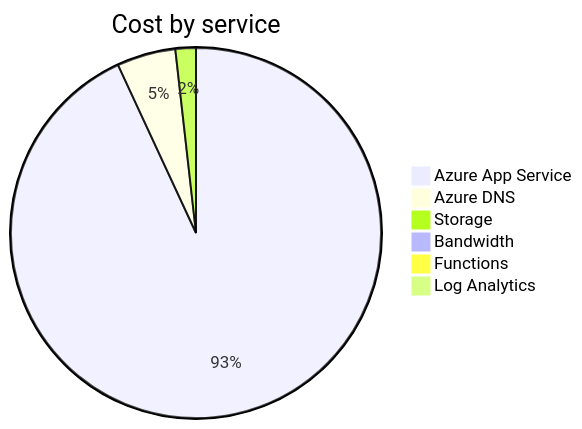
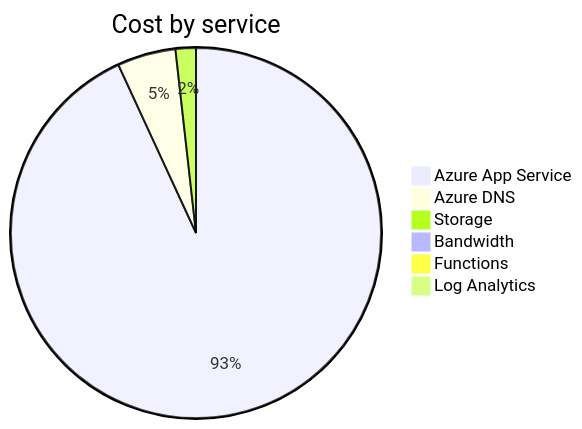
One commit to jpfulton/azure-personal-reports changed the second of 4 diagrams in cost-reports/accumulated-cost.md. Above: the diagram before and after it, drawn with Mermaid. The commit also changed other lines of this file and 4 other files, not shown here.

````diff
--- a/cost-reports/accumulated-cost.md
+++ b/cost-reports/accumulated-cost.md
@@ -100,10 +100,10 @@
 ```mermaid
 pie
    title Cost by service
-   "Azure App Service" : 16.15
-   "Azure DNS" : 0.89
-   "Storage" : 0.31
+   "Azure App Service" : 16.77
+   "Azure DNS" : 0.92
+   "Storage" : 0.32
    "Bandwidth" : 0.00
    "Functions" : 0.00
    "Log Analytics" : 0.00
 ```
````
